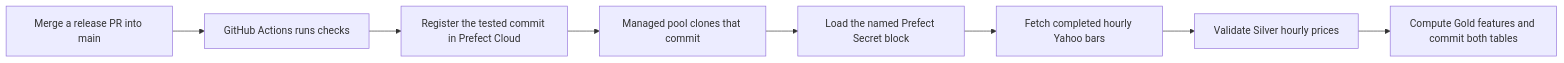
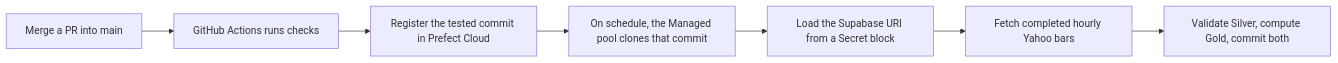
Before and after one commit to soloshun/market-data-ml-pipeline: the first of 2 diagrams in docs/DEPLOYMENT.md, drawn with Mermaid. The commit also changed other lines of this file, not shown here.

First line of the commit message:
docs(deploy): add release path and UI routes

````diff
--- a/docs/DEPLOYMENT.md
+++ b/docs/DEPLOYMENT.md
@@ -5,10 +5,9 @@
 ```mermaid
 flowchart LR
-    A["Merge a release PR into main"] --> B["GitHub Actions runs checks"]
+    A["Merge a PR into main"] --> B["GitHub Actions runs checks"]
     B --> C["Register the tested commit in Prefect Cloud"]
-    C --> D["Managed pool clones that commit"]
-    D --> E["Load the named Prefect Secret block"]
+    C --> D["On schedule, the Managed pool clones that commit"]
+    D --> E["Load the Supabase URI from a Secret block"]
     E --> F["Fetch completed hourly Yahoo bars"]
-    F --> G["Validate Silver hourly prices"]
-    G --> H["Compute Gold features and commit both tables"]
+    F --> G["Validate Silver, compute Gold, commit both"]
 ```
````
